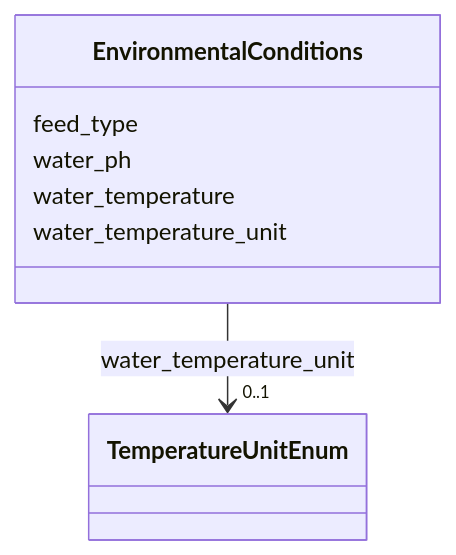
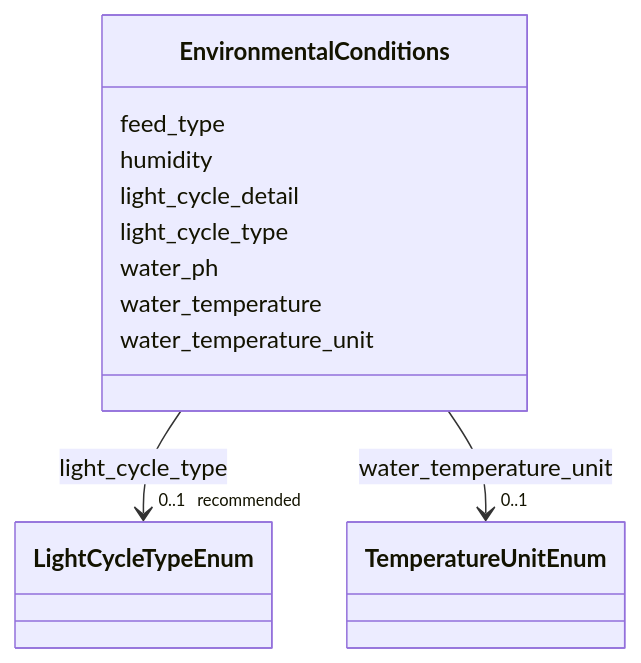
Before and after one commit to Helmholtz-UFZ/BeStMeta: the diagram in docs/EnvironmentalConditions.md, drawn with Mermaid. The commit also changed other lines of this file and 44 other files, not shown here.

Commit message:
editing the schema based on issue #9

````diff
--- a/docs/EnvironmentalConditions.md
+++ b/docs/EnvironmentalConditions.md
@@ -23,23 +23,38 @@
 ```mermaid
  classDiagram
     class EnvironmentalConditions
     click EnvironmentalConditions href "../EnvironmentalConditions/"
       EnvironmentalConditions : feed_type
+        
+      EnvironmentalConditions : humidity
+        
+      EnvironmentalConditions : light_cycle_detail
+        
+      EnvironmentalConditions : light_cycle_type
+        
+          
+    
+        
+        
+        EnvironmentalConditions --> "0..1 _recommended_" LightCycleTypeEnum : light_cycle_type
+        click LightCycleTypeEnum href "../LightCycleTypeEnum/"
+    
+
         
       EnvironmentalConditions : water_ph
         
       EnvironmentalConditions : water_temperature
         
       EnvironmentalConditions : water_temperature_unit
         
           
     
         
         
         EnvironmentalConditions --> "0..1" TemperatureUnitEnum : water_temperature_unit
         click TemperatureUnitEnum href "../TemperatureUnitEnum/"
     
 
         
       
 ```
````
